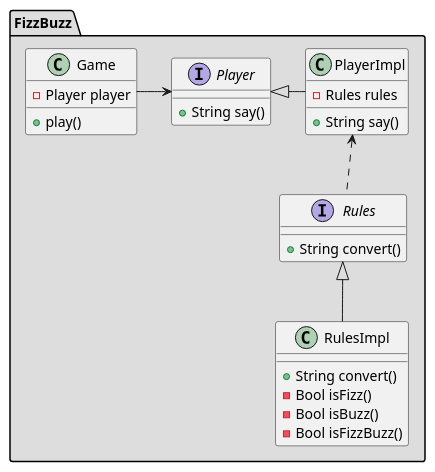
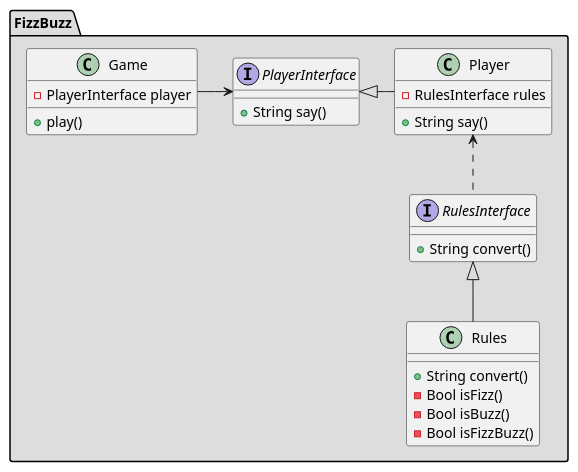
Before and after one commit to SuzukiCecil/fizzbuzz-php: the diagram in docs/FizzBuzz.puml, drawn with PlantUML. The commit also changed 11 other files, not shown here.

```diff
--- a/docs/FizzBuzz.puml
+++ b/docs/FizzBuzz.puml
@@ -1,33 +1,33 @@
 @startuml
 
 package "FizzBuzz" #DDDDDD {
 class Game {
-  -Player player
+  -PlayerInterface player
   +play()
 }
 
-interface Player {
+interface PlayerInterface {
   +String say()
 }
-interface Rules {
+interface RulesInterface {
   +String convert()
 }
 
-class RulesImpl {
+class Rules {
   +String convert()
   -Bool isFizz()
   -Bool isBuzz()
   -Bool isFizzBuzz()
 }
-class PlayerImpl {
-  -Rules rules
+class Player {
+  -RulesInterface rules
   +String say()
 }
 
-Game -> Player
-Player <|- PlayerImpl
-Rules <|-- RulesImpl
-PlayerImpl <.. Rules
+Game -> PlayerInterface
+PlayerInterface <|- Player
+RulesInterface <|-- Rules
+Player <.. RulesInterface
 }
 
 @enduml
```
